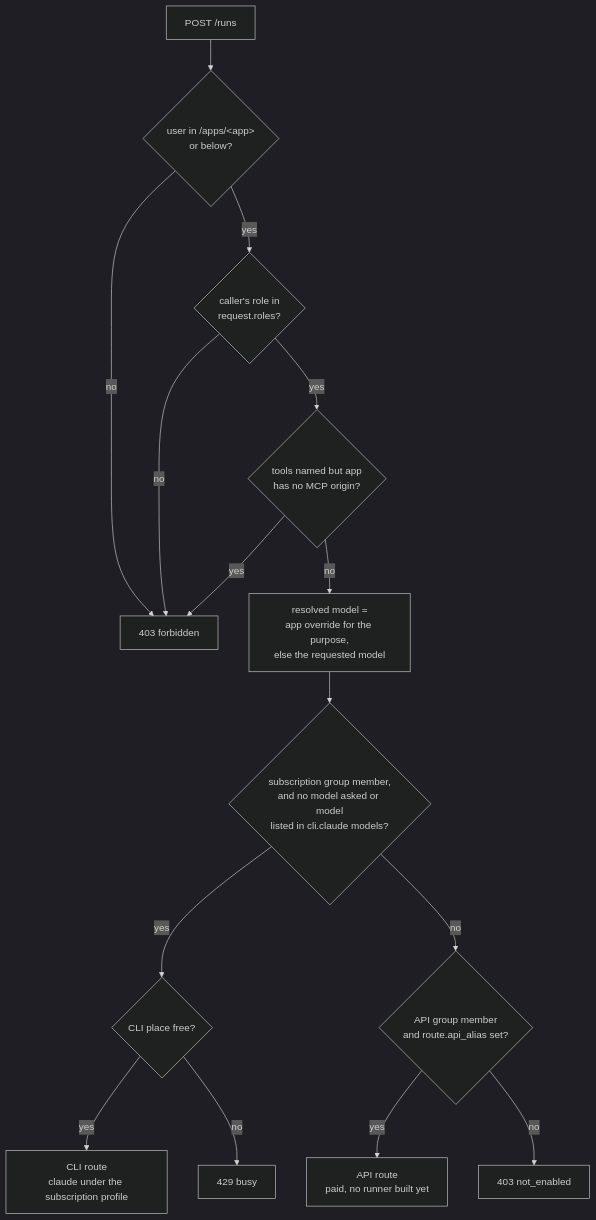
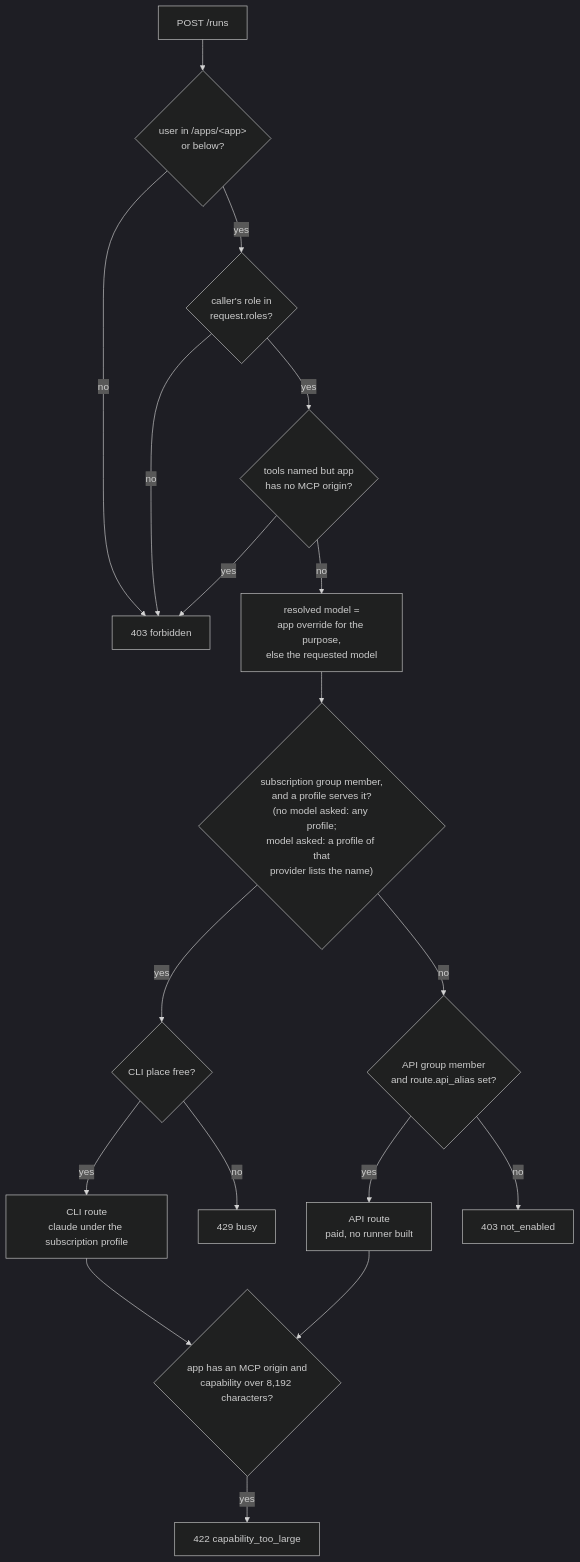
One commit to overnightworks/agent-providers changed the second of 2 diagrams in docs/ARCHITECTURE.md. Above: the diagram before and after it, drawn with Mermaid (dark theme). The commit also changed other lines of this file and 6 other files, not shown here.

````diff
--- a/docs/ARCHITECTURE.md
+++ b/docs/ARCHITECTURE.md
@@ -62,17 +63,20 @@
 ```mermaid
 flowchart TB
     request["POST /runs"] --> gate{"user in /apps/&lt;app&gt;<br/>or below?"}
     gate -->|no| forbidden["403 forbidden"]
     gate -->|yes| role{"caller's role in<br/>request.roles?"}
     role -->|no| forbidden
     role -->|yes| tools{"tools named but app<br/>has no MCP origin?"}
     tools -->|yes| forbidden
     tools -->|no| model["resolved model =<br/>app override for the purpose,<br/>else the requested model"]
-    model --> subscription{"subscription group member,<br/>and no model asked or model<br/>listed in cli.claude models?"}
+    model --> subscription{"subscription group member,<br/>and a profile serves it?<br/>(no model asked: any profile;<br/>model asked: a profile of that<br/>provider lists the name)"}
     subscription -->|yes| slot{"CLI place free?"}
     slot -->|yes| cli["CLI route<br/>claude under the subscription profile"]
     slot -->|no| busy["429 busy"]
     subscription -->|no| api{"API group member<br/>and route.api_alias set?"}
-    api -->|yes| paid["API route<br/>paid, no runner built yet"]
+    api -->|yes| paid["API route<br/>paid, no runner built"]
     api -->|no| notenabled["403 not_enabled"]
+    cli --> size{"app has an MCP origin and<br/>capability over 8,192 characters?"}
+    paid --> size
+    size -->|yes| toolarge["422 capability_too_large"]
 ```
````
